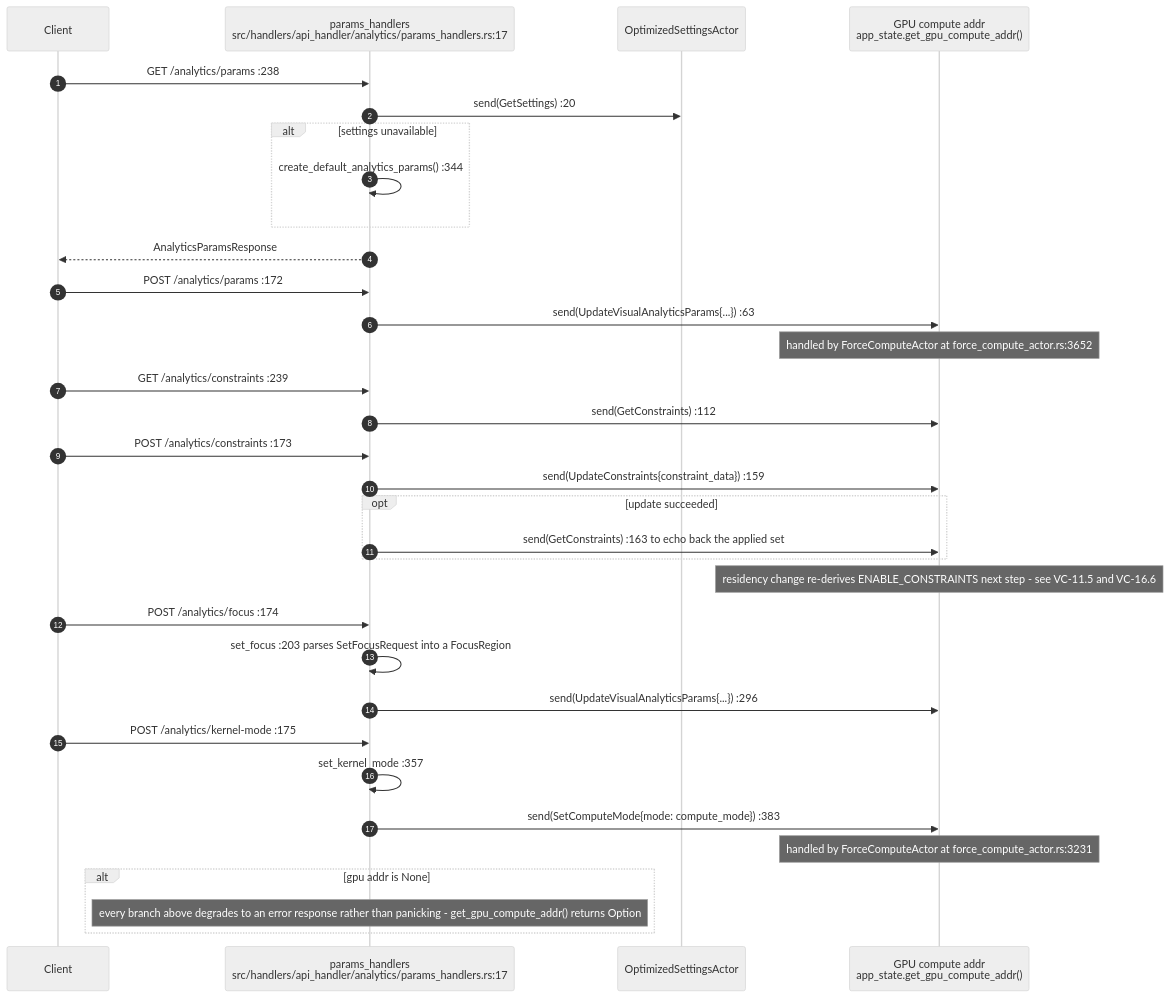
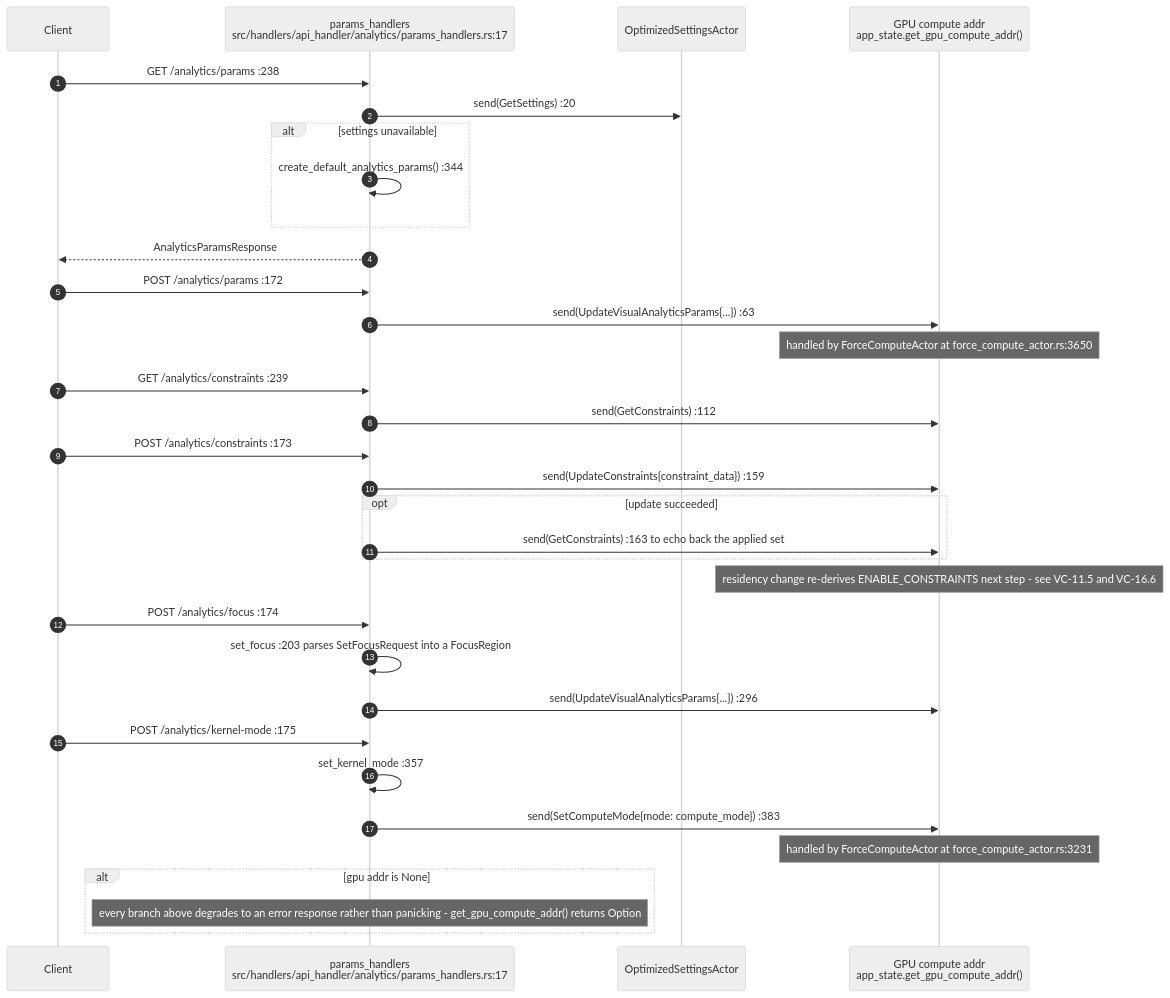
Before and after one commit to DreamLab-AI/VisionFlow: the third of 9 diagrams in docs/diagrams/visionclaw/18-analytics-support-handlers.md, drawn with Mermaid (neutral theme). The commit also changed other lines of this file and 111 other files, not shown here.

Commit message:
docs(diagrams): align estate maps with current source

````diff
--- a/docs/diagrams/visionclaw/18-analytics-support-handlers.md
+++ b/docs/diagrams/visionclaw/18-analytics-support-handlers.md
@@ -112,40 +112,40 @@
 ```mermaid
 sequenceDiagram
     autonumber
     participant C as Client
     participant PH as params_handlers<br/>src/handlers/api_handler/analytics/params_handlers.rs:17
     participant SET as OptimizedSettingsActor
     participant GPU as GPU compute addr<br/>app_state.get_gpu_compute_addr()
 
     C->>PH: GET /analytics/params :238
     PH->>SET: send(GetSettings) :20
     alt settings unavailable
         PH->>PH: create_default_analytics_params() :344
     end
     PH-->>C: AnalyticsParamsResponse
 
     C->>PH: POST /analytics/params :172
     PH->>GPU: send(UpdateVisualAnalyticsParams{...}) :63
-    Note over GPU: handled by ForceComputeActor at force_compute_actor.rs:3652
+    Note over GPU: handled by ForceComputeActor at force_compute_actor.rs:3650
 
     C->>PH: GET /analytics/constraints :239
     PH->>GPU: send(GetConstraints) :112
     C->>PH: POST /analytics/constraints :173
     PH->>GPU: send(UpdateConstraints{constraint_data}) :159
     opt update succeeded
         PH->>GPU: send(GetConstraints) :163 to echo back the applied set
     end
     Note over GPU: residency change re-derives ENABLE_CONSTRAINTS next step - see VC-11.5 and VC-16.6
 
     C->>PH: POST /analytics/focus :174
     PH->>PH: set_focus :203 parses SetFocusRequest into a FocusRegion
     PH->>GPU: send(UpdateVisualAnalyticsParams{...}) :296
 
     C->>PH: POST /analytics/kernel-mode :175
     PH->>PH: set_kernel_mode :357
     PH->>GPU: send(SetComputeMode{mode: compute_mode}) :383
     Note over GPU: handled by ForceComputeActor at force_compute_actor.rs:3231
     alt gpu addr is None
         Note over PH: every branch above degrades to an error response rather than panicking - get_gpu_compute_addr() returns Option
     end
 ```
````
